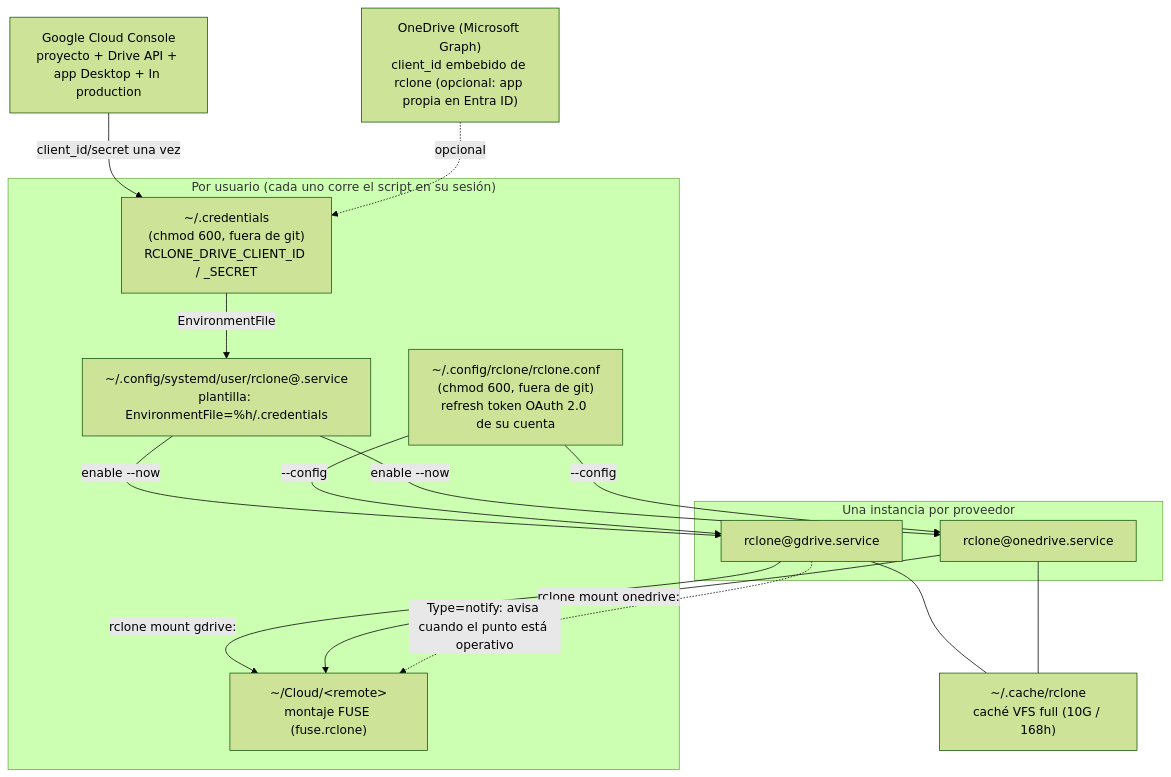
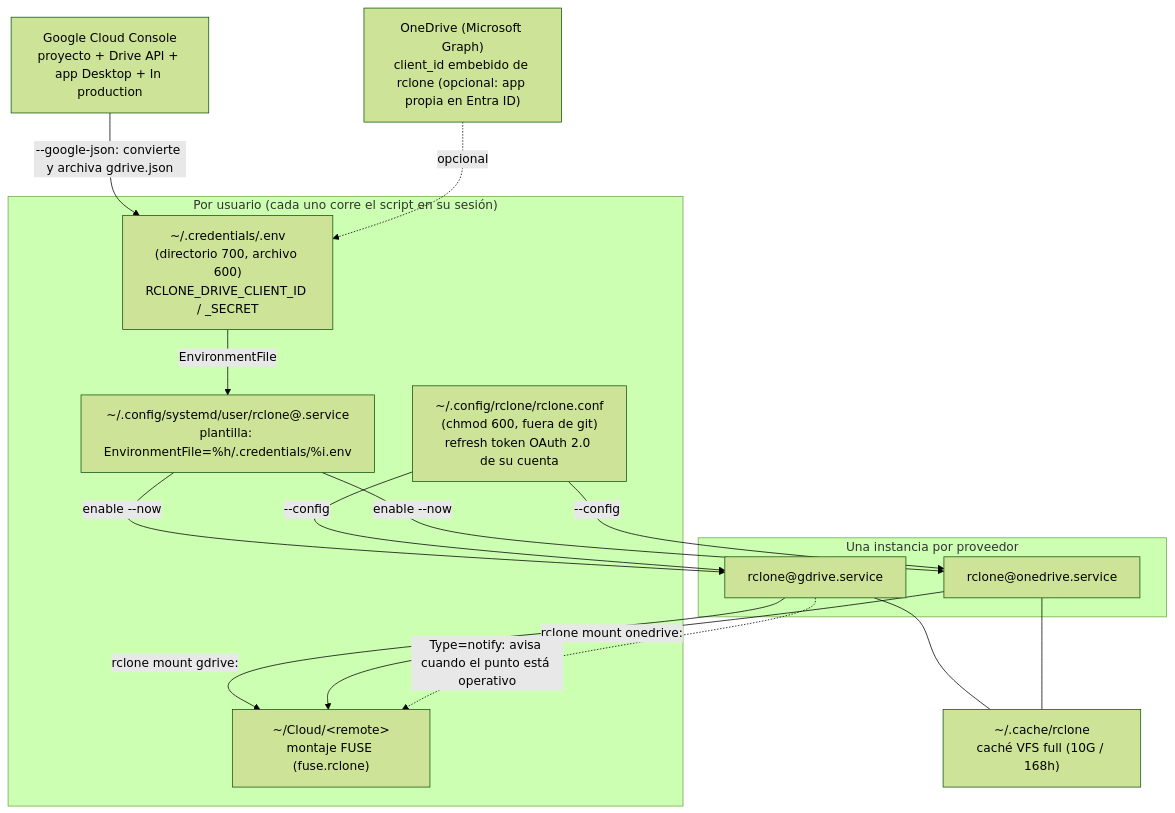
Before and after one commit to JorgeAlbertoDiaz/dotfiles: the diagram in docs/diagramas/cloud-mounts.mmd, drawn with Mermaid (forest theme). The commit also changed 8 other files, not shown here.

First line of the commit message:
feat(cloud): credenciales en ~/.credentials/ por proveedor y --google-json

```diff
--- a/docs/diagramas/cloud-mounts.mmd
+++ b/docs/diagramas/cloud-mounts.mmd
@@ -1,29 +1,29 @@
 flowchart TB
     subgraph USUARIO["Por usuario (cada uno corre el script en su sesión)"]
-        CRED["~/.credentials<br/>(chmod 600, fuera de git)<br/>RCLONE_DRIVE_CLIENT_ID / _SECRET"]
+        CRED["~/.credentials/<remote>.env<br/>(directorio 700, archivo 600)<br/>RCLONE_DRIVE_CLIENT_ID / _SECRET"]
         CONF["~/.config/rclone/rclone.conf<br/>(chmod 600, fuera de git)<br/>refresh token OAuth 2.0 de su cuenta"]
-        UNIT["~/.config/systemd/user/rclone@.service<br/>plantilla: EnvironmentFile=%h/.credentials"]
+        UNIT["~/.config/systemd/user/rclone@.service<br/>plantilla: EnvironmentFile=%h/.credentials/%i.env"]
         MOUNT["~/Cloud/&lt;remote&gt;<br/>montaje FUSE (fuse.rclone)"]
     end
 
     subgraph INSTANCIA["Una instancia por proveedor"]
         G["rclone@gdrive.service"]
         O["rclone@onedrive.service"]
     end
 
     CONSOLE["Google Cloud Console<br/>proyecto + Drive API + app Desktop + In production"]
     ONEDRIVE["OneDrive (Microsoft Graph)<br/>client_id embebido de rclone (opcional: app propia en Entra ID)"]
     VFS["~/.cache/rclone<br/>caché VFS full (10G / 168h)"]
 
-    CONSOLE -- "client_id/secret una vez" --> CRED
+    CONSOLE -- "--google-json: convierte y archiva gdrive.json" --> CRED
     ONEDRIVE -. "opcional" .-> CRED
     CRED -- "EnvironmentFile" --> UNIT
     UNIT -- "enable --now" --> G
     UNIT -- "enable --now" --> O
     CONF -- "--config" --> G
     CONF -- "--config" --> O
     G -- "rclone mount gdrive:" --> MOUNT
     O -- "rclone mount onedrive:" --> MOUNT
     G --- VFS
     O --- VFS
     G -. "Type=notify: avisa cuando el punto está operativo" .-> MOUNT
```
